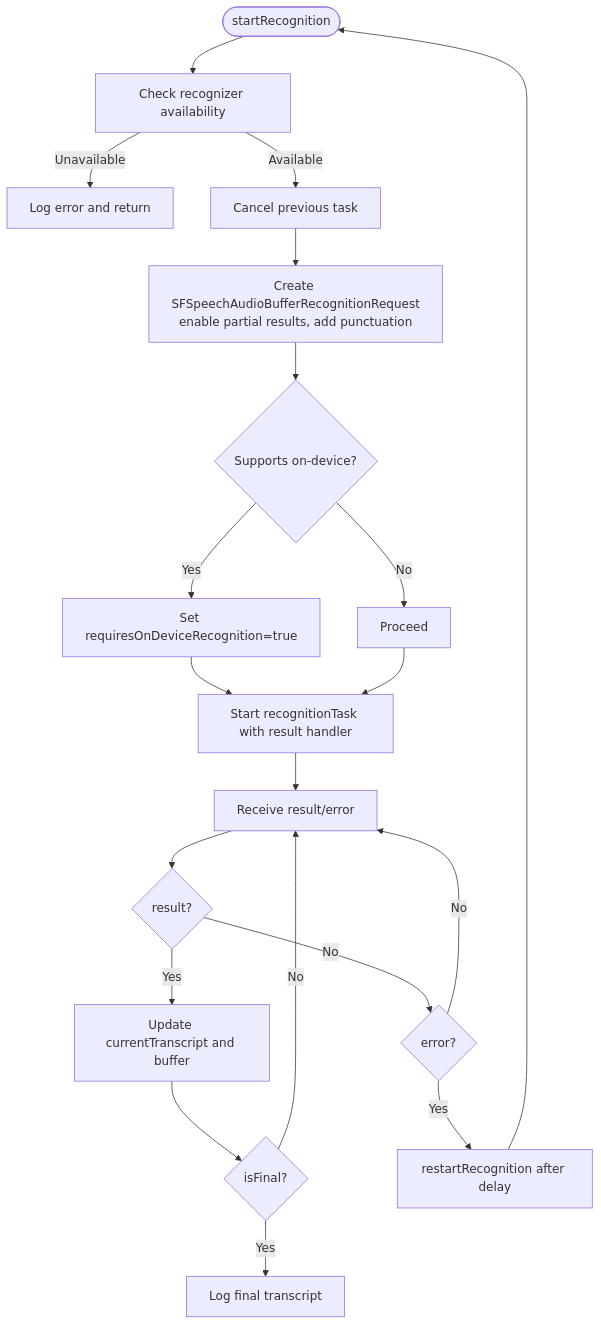
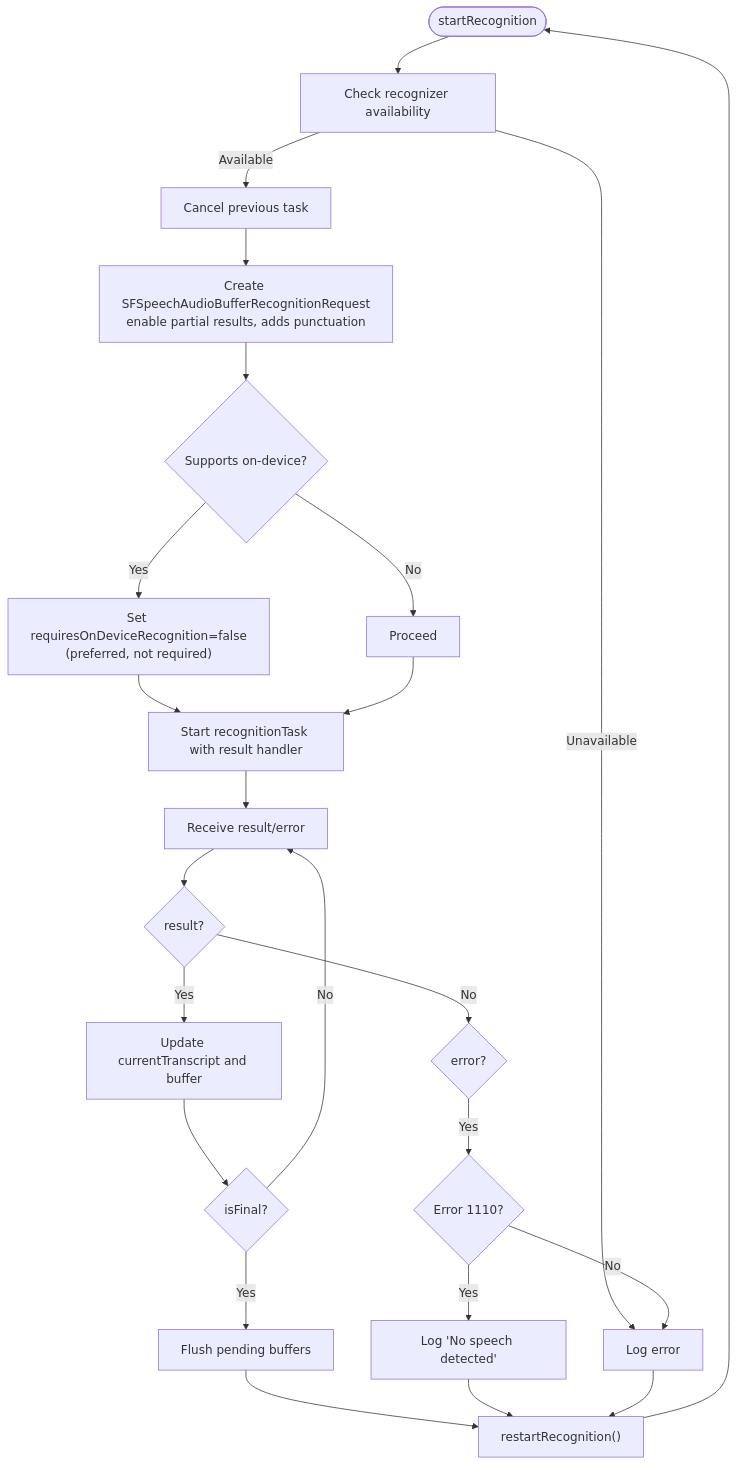
The third of 4 diagrams in .qoder/repowiki/en/content/Core Services/Speech Recognition.md (alexandreybasta-cyber/factshield-ios), drawn with Mermaid before and after one commit. The commit also changed other lines of this file and 97 other files, not shown here.

````diff
--- a/.qoder/repowiki/en/content/Core Services/Speech Recognition.md
+++ b/.qoder/repowiki/en/content/Core Services/Speech Recognition.md
@@ -191,22 +173,24 @@
 ```mermaid
 flowchart TD
 Start(["startRecognition"]) --> CheckAvail["Check recognizer availability"]
 CheckAvail --> |Unavailable| LogErr["Log error and return"]
 CheckAvail --> |Available| CancelPrev["Cancel previous task"]
-CancelPrev --> CreateReq["Create SFSpeechAudioBufferRecognitionRequest<br/>enable partial results, add punctuation"]
+CancelPrev --> CreateReq["Create SFSpeechAudioBufferRecognitionRequest<br/>enable partial results, adds punctuation"]
 CreateReq --> OnDev{"Supports on-device?"}
-OnDev --> |Yes| SetOnDev["Set requiresOnDeviceRecognition=true"]
+OnDev --> |Yes| SetOnDev["Set requiresOnDeviceRecognition=false<br/>(preferred, not required)"]
 OnDev --> |No| Proceed["Proceed"]
 SetOnDev --> StartTask["Start recognitionTask with result handler"]
 Proceed --> StartTask
 StartTask --> Loop["Receive result/error"]
 Loop --> Result{"result?"}
 Result --> |Yes| Update["Update currentTranscript and buffer"]
 Update --> IsFinal{"isFinal?"}
-IsFinal --> |Yes| LogFinal["Log final transcript"]
+IsFinal --> |Yes| FlushPending["Flush pending buffers"]
+FlushPending --> Restart["restartRecognition()"]
 IsFinal --> |No| Loop
 Result --> |No| Err{"error?"}
-Err --> |Yes| Restart["restartRecognition after delay"]
-Err --> |No| Loop
+Err --> |Yes| CheckErr{"Error 1110?"}
+CheckErr --> |Yes| LogSilence["Log 'No speech detected'"] --> Restart
+CheckErr --> |No| LogErr["Log error"] --> Restart
 Restart --> Start
 ```
````
